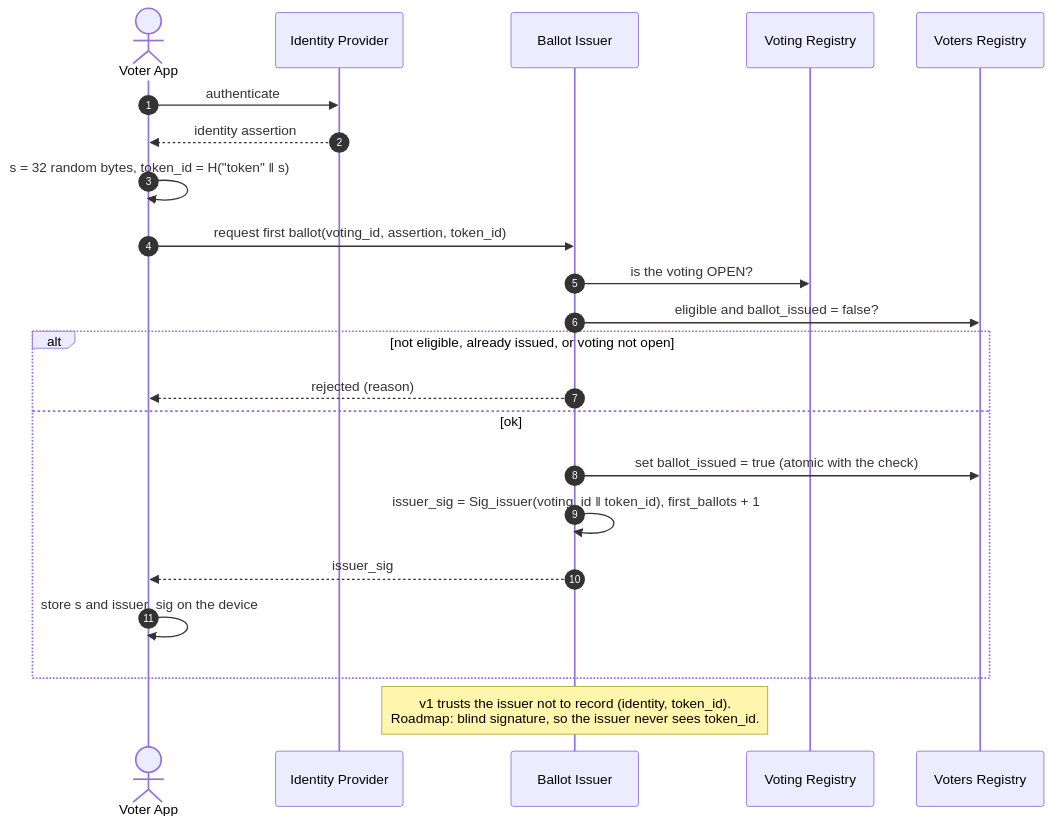
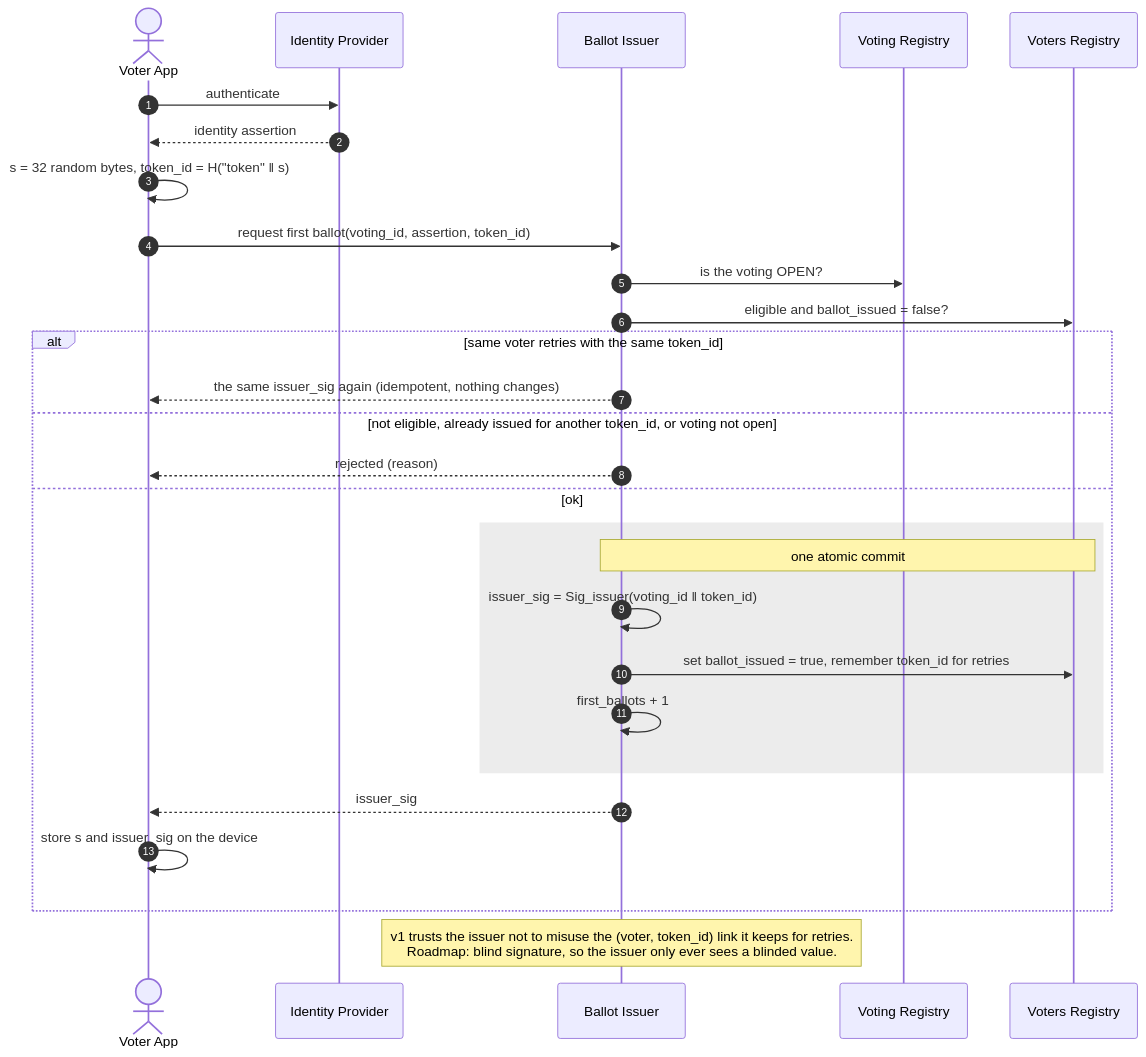
The second of 8 diagrams in docs/04-flows.md (s4ysolutions/e-voting-machine), drawn with Mermaid before and after one commit. The commit also changed other lines of this file and 8 other files, not shown here.

````diff
--- a/docs/04-flows.md
+++ b/docs/04-flows.md
@@ -38,25 +38,31 @@
 ```mermaid
 sequenceDiagram
     autonumber
     actor V as Voter App
     participant IdP as Identity Provider
     participant BI as Ballot Issuer
     participant VR as Voting Registry
     participant VoR as Voters Registry
 
     V->>IdP: authenticate
     IdP-->>V: identity assertion
     V->>V: s = 32 random bytes, token_id = H("token" ‖ s)
     V->>BI: request first ballot(voting_id, assertion, token_id)
     BI->>VR: is the voting OPEN?
     BI->>VoR: eligible and ballot_issued = false?
-    alt not eligible, already issued, or voting not open
+    alt same voter retries with the same token_id
+        BI-->>V: the same issuer_sig again (idempotent, nothing changes)
+    else not eligible, already issued for another token_id, or voting not open
         BI-->>V: rejected (reason)
     else ok
-        BI->>VoR: set ballot_issued = true (atomic with the check)
-        BI->>BI: issuer_sig = Sig_issuer(voting_id ‖ token_id), first_ballots + 1
+        rect rgba(127, 127, 127, 0.15)
+            Note over BI,VoR: one atomic commit
+            BI->>BI: issuer_sig = Sig_issuer(voting_id ‖ token_id)
+            BI->>VoR: set ballot_issued = true, remember token_id for retries
+            BI->>BI: first_ballots + 1
+        end
         BI-->>V: issuer_sig
         V->>V: store s and issuer_sig on the device
     end
-    Note over BI: v1 trusts the issuer not to record (identity, token_id).<br/>Roadmap: blind signature, so the issuer never sees token_id.
+    Note over BI: v1 trusts the issuer not to misuse the (voter, token_id) link it keeps for retries.<br/>Roadmap: blind signature, so the issuer only ever sees a blinded value.
 ```
````
